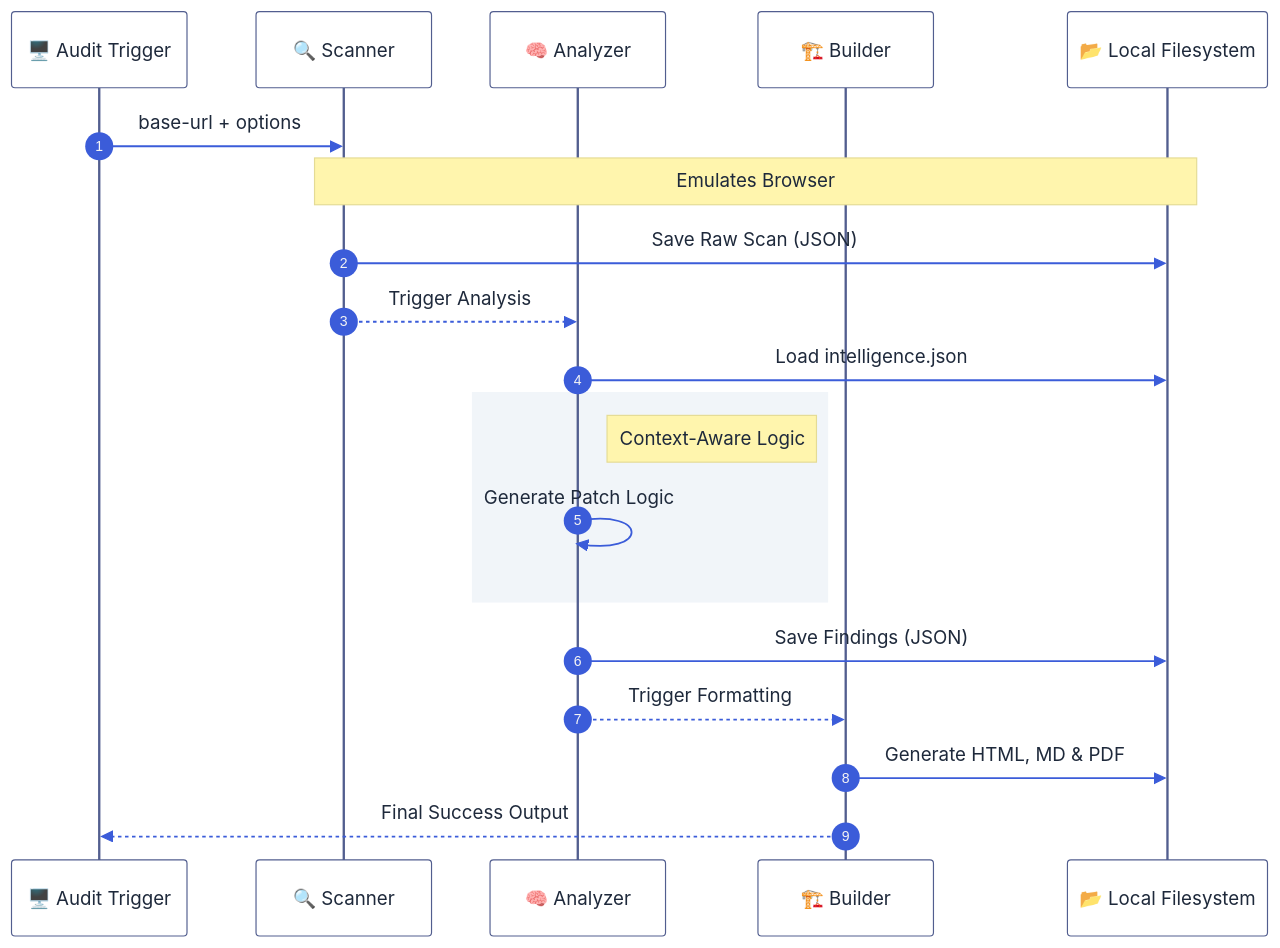
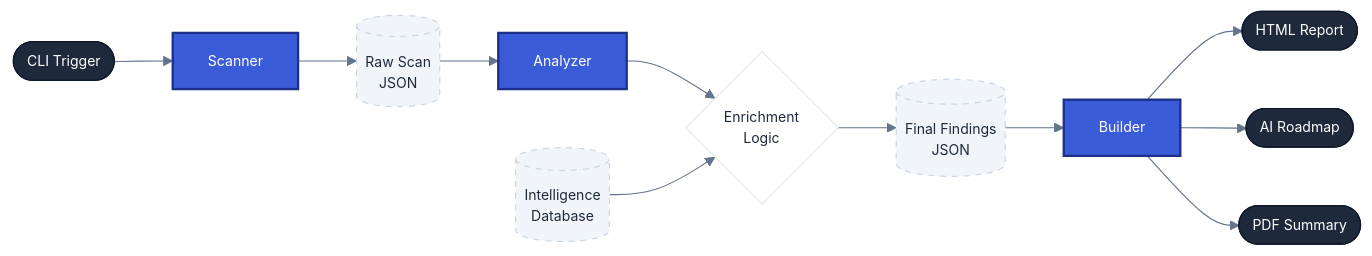
The second of 2 diagrams in docs/architecture.md (diegovelasquezweb/a11y-skill), drawn with Mermaid before and after one commit.

Commit message:
docs: Replace the architecture sequence diagram with a styled Mermaid flowchart.

````diff
--- a/docs/architecture.md
+++ b/docs/architecture.md
@@ -105,24 +105,26 @@
 ```mermaid
-%%{init: { 'theme': 'base', 'themeVariables': { 'primaryColor': '#3b5cd9', 'primaryTextColor': '#1e293b', 'secondaryColor': '#f1f5f9', 'tertiaryColor': '#fff', 'mainBkg': '#fff', 'nodeBorder': '#e2e8f0', 'actorTextColor': '#1e293b', 'noteTextColor': '#1e293b', 'signalColor': '#3b5cd9', 'signalTextColor': '#1e293b' } } }%%
-sequenceDiagram
-    autonumber
-    participant CLI as 🖥️ Audit Trigger
-    participant S as 🔍 Scanner
-    participant A as 🧠 Analyzer
-    participant B as 🏗️ Builder
-    participant FS as 📂 Local Filesystem
+%%{init: { 'theme': 'base', 'themeVariables': { 'primaryColor': '#3b5cd9', 'primaryTextColor': '#1e293b', 'primaryBorderColor': '#1e308a', 'lineColor': '#64748b', 'secondaryColor': '#f1f5f9', 'tertiaryColor': '#fff', 'mainBkg': '#fff', 'nodeBorder': '#e2e8f0', 'clusterBkg': '#f8fafc', 'clusterBorder': '#cbd5e1' } } }%%
+flowchart LR
+    Start([CLI Trigger]) --> S[Scanner]
+    S --> Raw[(Raw Scan<br/>JSON)]
 
-    CLI->>S: base-url + options
-    Note over S,FS: Emulates Browser
-    S->>FS: Save Raw Scan (JSON)
-    S-->>A: Trigger Analysis
-    A->>FS: Load intelligence.json
-    rect rgb(241, 245, 249)
-        Note right of A: Context-Aware Logic
-        A->>A: Generate Patch Logic
-    end
-    A->>FS: Save Findings (JSON)
-    A-->>B: Trigger Formatting
-    B->>FS: Generate HTML, MD & PDF
-    B-->>CLI: Final Success Output
+    Raw --> A[Analyzer]
+    A --> Logic{Enrichment<br/>Logic}
+    Intel[(Intelligence<br/>Database)] --> Logic
+
+    Logic --> Findings[(Final Findings<br/>JSON)]
+    Findings --> B[Builder]
+
+    B --> HTML([HTML Report])
+    B --> MD([AI Roadmap])
+    B --> PDF([PDF Summary])
+
+    classDef default font-family:Inter,sans-serif,font-size:12px;
+    classDef core fill:#3b5cd9,color:#fff,stroke:#1e308a,stroke-width:2px;
+    classDef storage fill:#f1f5f9,stroke:#cbd5e1,stroke-dasharray: 5 5;
+    classDef trigger fill:#1e293b,color:#fff,stroke:#0f172a;
+
+    class S,A,B core;
+    class Raw,Intel,Findings storage;
+    class Start,HTML,MD,PDF trigger;
 ```
````
